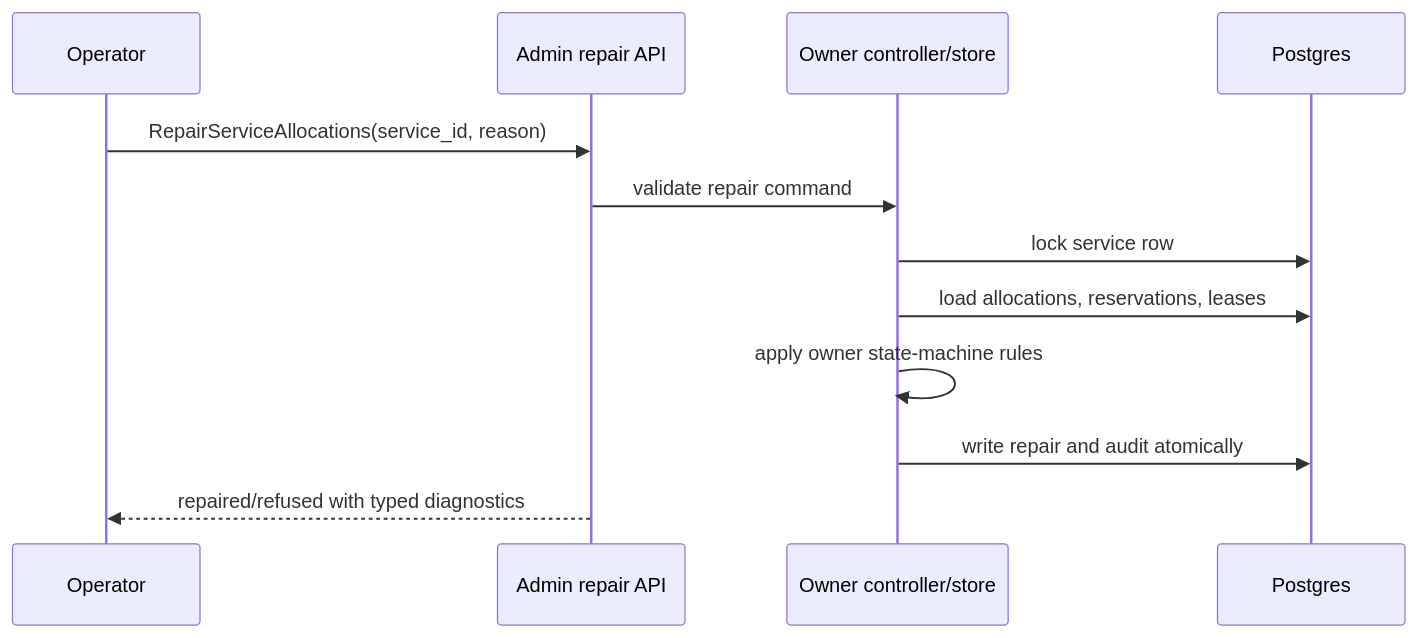
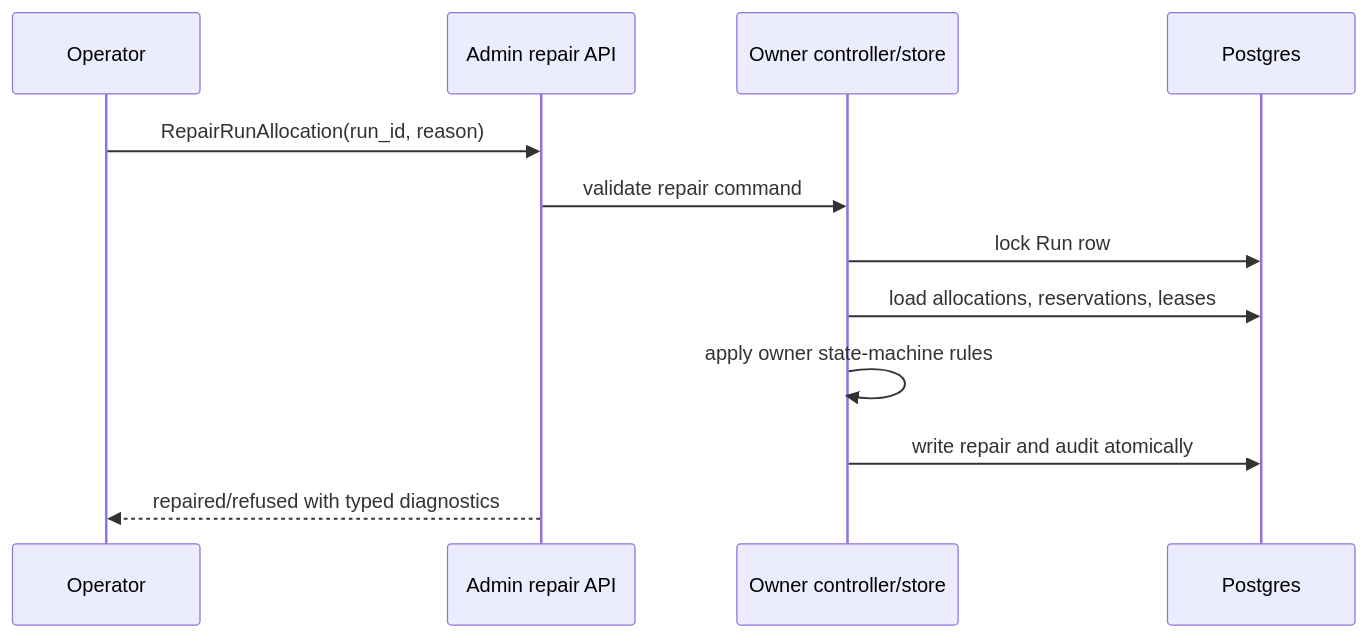
Before and after one commit to cofy-x/axern: the second of 2 diagrams in control/controld/docs/consistency-repair-boundaries.md, drawn with Mermaid. The commit also changed other lines of this file and 566 other files, not shown here.

````diff
--- a/control/controld/docs/consistency-repair-boundaries.md
+++ b/control/controld/docs/consistency-repair-boundaries.md
@@ -90,15 +83,15 @@
 ```mermaid
 sequenceDiagram
   participant Operator
   participant AdminAPI as Admin repair API
   participant Owner as Owner controller/store
   participant DB as Postgres
 
-  Operator->>AdminAPI: RepairServiceAllocations(service_id, reason)
+  Operator->>AdminAPI: RepairRunAllocation(run_id, reason)
   AdminAPI->>Owner: validate repair command
-  Owner->>DB: lock service row
+  Owner->>DB: lock Run row
   Owner->>DB: load allocations, reservations, leases
   Owner->>Owner: apply owner state-machine rules
   Owner->>DB: write repair and audit atomically
   AdminAPI-->>Operator: repaired/refused with typed diagnostics
 ```
````
